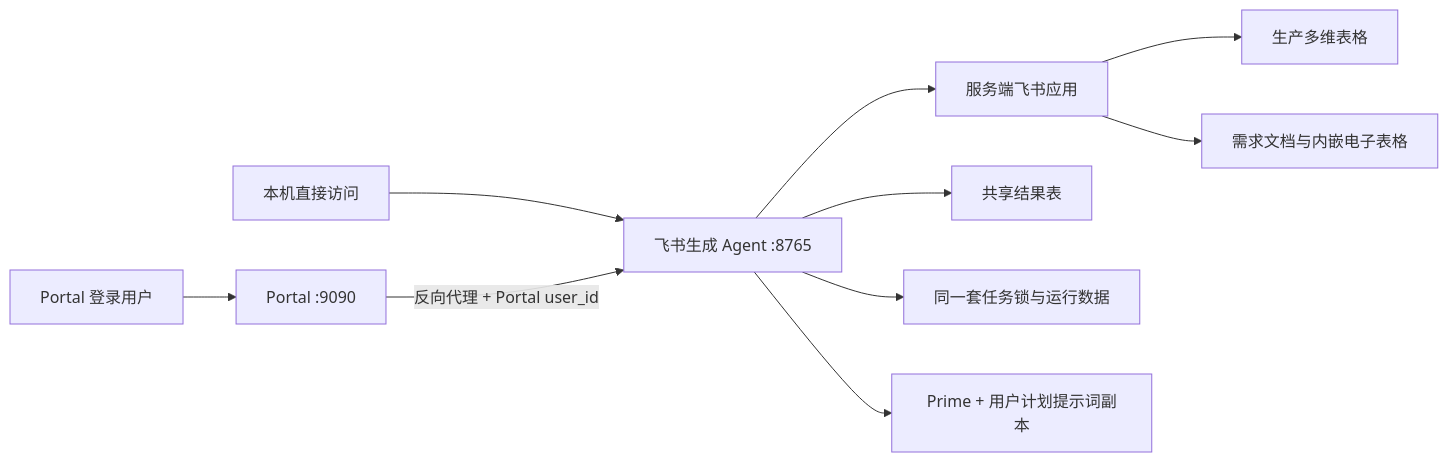
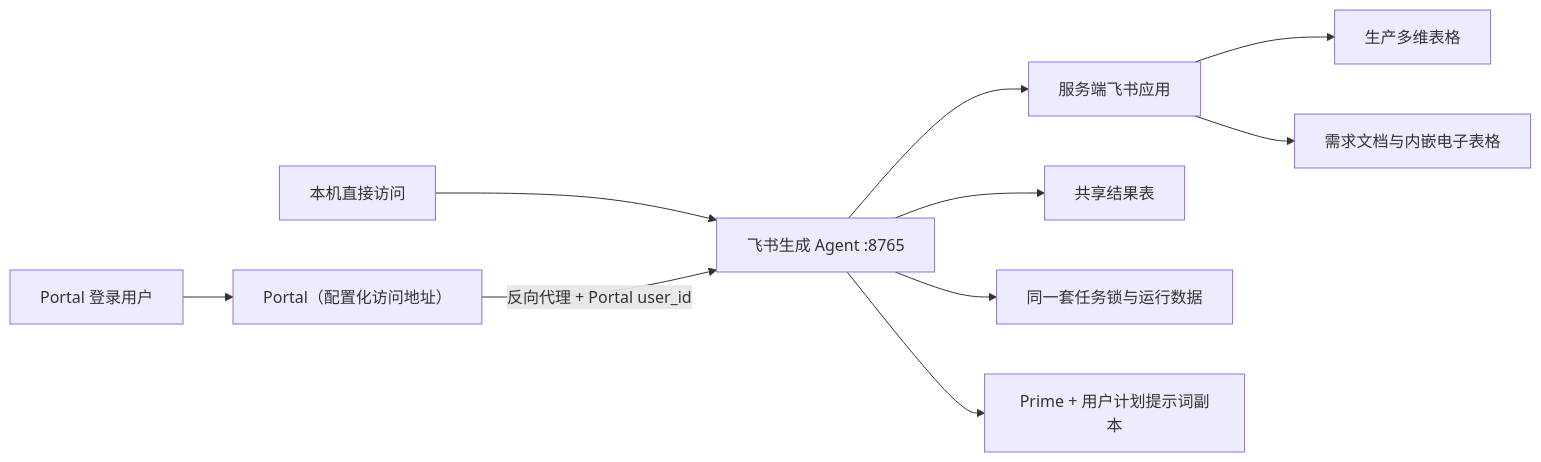
Before and after one commit to lyf-yulu/ai-generation-portable-apps: the diagram in docs/superpowers/specs/2026-07-24-feishu-agent-portal-user-prompts-design.md, drawn with Mermaid. The commit also changed other lines of this file, not shown here.

Commit message:
docs(agent): keep Portal address configurable

````diff
--- a/docs/superpowers/specs/2026-07-24-feishu-agent-portal-user-prompts-design.md
+++ b/docs/superpowers/specs/2026-07-24-feishu-agent-portal-user-prompts-design.md
@@ -63,12 +63,12 @@
 ```mermaid
 flowchart LR
-    U["Portal 登录用户"] --> P["Portal :9090"]
+    U["Portal 登录用户"] --> P["Portal（配置化访问地址）"]
     L["本机直接访问"] --> A["飞书生成 Agent :8765"]
     P -->|"反向代理 + Portal user_id"| A
     A --> F["服务端飞书应用"]
     F --> B["生产多维表格"]
     F --> D["需求文档与内嵌电子表格"]
     A --> R["共享结果表"]
     A --> S["同一套任务锁与运行数据"]
     A --> PP["Prime + 用户计划提示词副本"]
 ```
````
